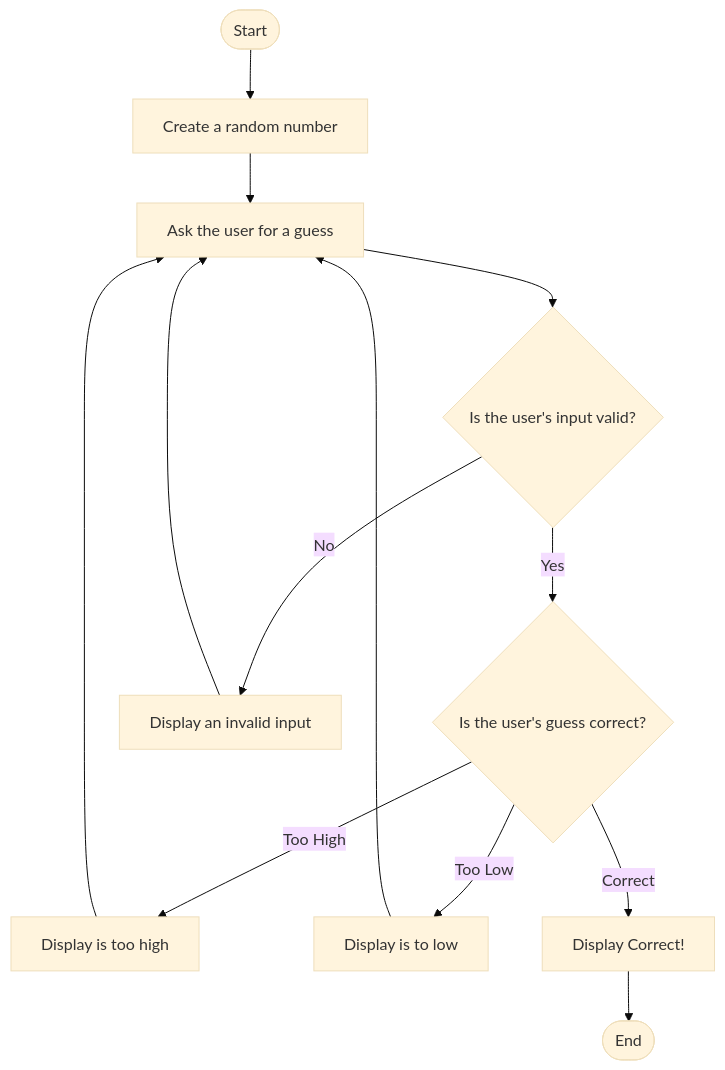
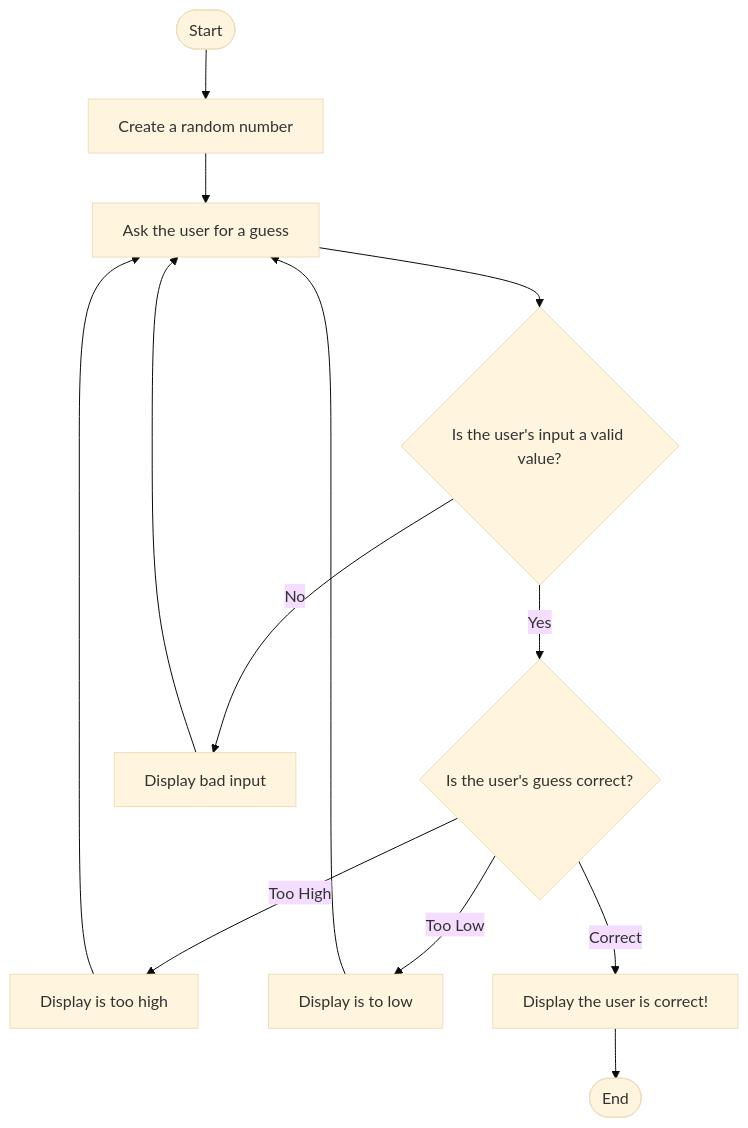
The diagram in guessing.md (rmjohnson12/rmjohnson12.github.io), drawn with Mermaid (base theme) before and after one commit. The commit also changed other lines of this file, not shown here.

````diff
--- a/guessing.md
+++ b/guessing.md
@@ -1,15 +1,15 @@
 ```mermaid
 flowchart TD
     Start([Start]) --> A[Create a random number]
     A --> B[Ask the user for a guess]
-    B --> C{Is the user's input valid?}
+    B --> C{Is the user's input a valid value?}
     C -- "Yes" --> D{Is the user's guess correct?}
-    C -- "No" --> E[Display an invalid input]
+    C -- "No" --> E[Display bad input]
     E --> B
     D -- "Too High" --> F[Display is too high]
     F --> B
     D -- "Too Low" --> G[Display is to low]
     G --> B
-    D -- "Correct" --> H[Display Correct!]
+    D -- "Correct" --> H[Display the user is correct!]
     H --> End([End])
 ```
````
